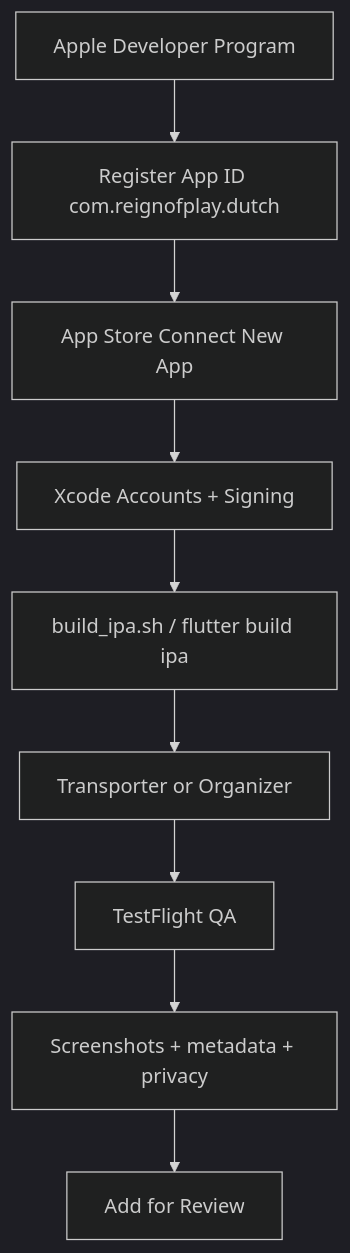
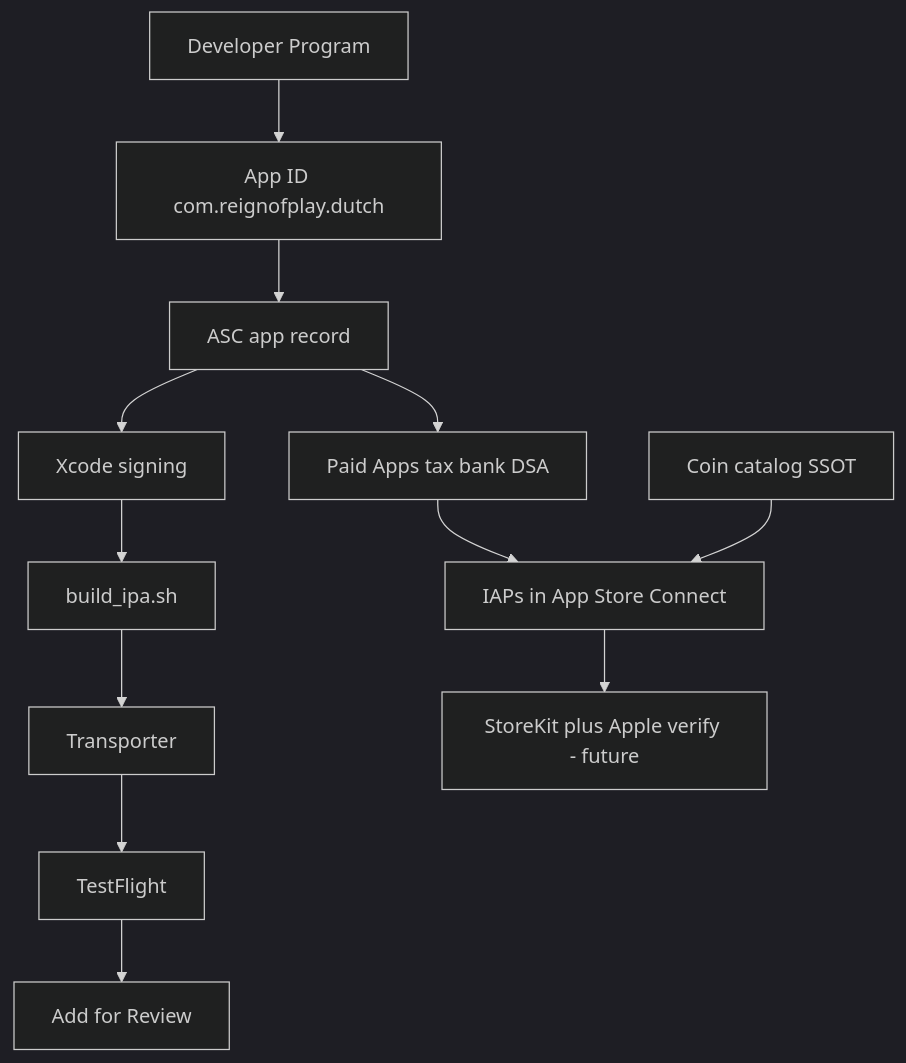
Before and after one commit to sil-vella/recall: the diagram in Documentation/Android_V_ios/IOS_APP_STORE_RELEASE_GUIDE.md, drawn with Mermaid (dark theme). The commit also changed other lines of this file and 17 other files, not shown here.

Commit message:
Add Xcode Cloud post-clone script for Flutter iOS

````diff
--- a/Documentation/Android_V_ios/IOS_APP_STORE_RELEASE_GUIDE.md
+++ b/Documentation/Android_V_ios/IOS_APP_STORE_RELEASE_GUIDE.md
@@ -313,14 +281,22 @@
 ```mermaid
 flowchart TD
-  enroll[Apple Developer Program]
-  appId[Register App ID com.reignofplay.dutch]
-  asc[App Store Connect New App]
-  xcode[Xcode Accounts + Signing]
-  build[build_ipa.sh / flutter build ipa]
-  upload[Transporter or Organizer]
-  tf[TestFlight QA]
-  meta[Screenshots + metadata + privacy]
+  enroll[Developer Program]
+  appId[App ID com.reignofplay.dutch]
+  ascApp[ASC app record]
+  business[Paid Apps tax bank DSA]
+  catalog[Coin catalog SSOT]
+  iapConnect[IAPs in App Store Connect]
+  xcode[Xcode signing]
+  ipa[build_ipa.sh]
+  upload[Transporter]
+  tf[TestFlight]
+  storekit[StoreKit plus Apple verify - future]
   review[Add for Review]
 
-  enroll --> appId --> asc --> xcode --> build --> upload --> tf --> meta --> review
+  enroll --> appId --> ascApp --> business
+  business --> iapConnect
+  catalog --> iapConnect
+  ascApp --> xcode --> ipa --> upload --> tf
+  iapConnect --> storekit
+  tf --> review
 ```
````
